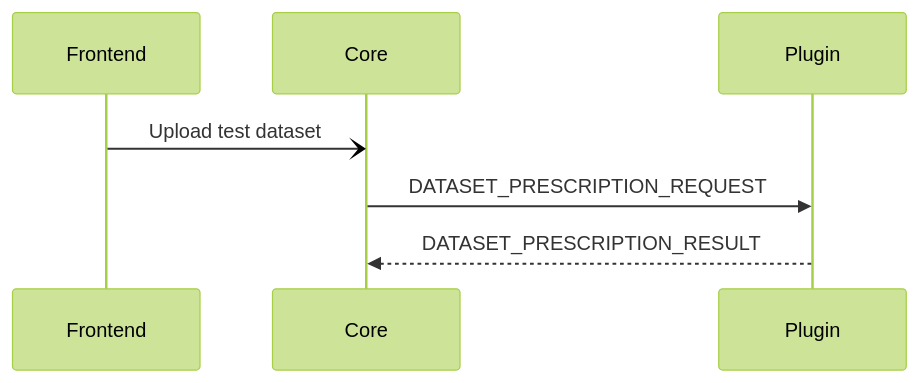
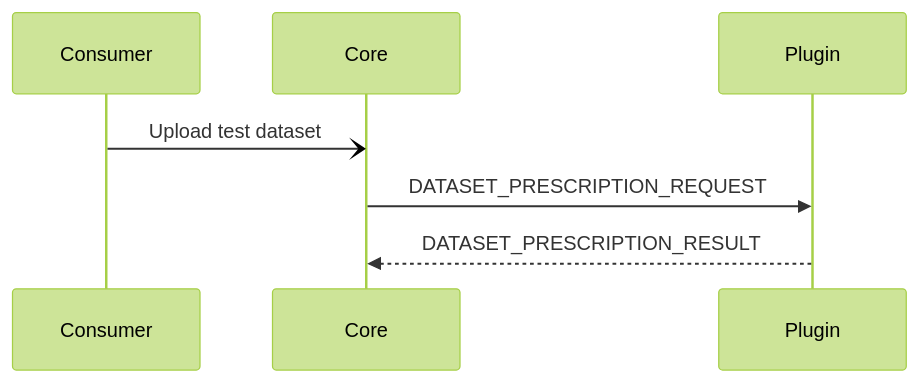
One commit to prcore/docs changed the diagram in content/development/plugin-system/communication/prescribing-workflow/prescribe-dataset.md. Above: the diagram before and after it, drawn with Mermaid (forest theme). The commit also changed 2 other files, not shown here.

Commit message:
Site updated K 08 märts 2023 08:28:14 EET ...

```diff
--- a/content/development/plugin-system/communication/prescribing-workflow/prescribe-dataset.md
+++ b/content/development/plugin-system/communication/prescribing-workflow/prescribe-dataset.md
@@ -8,6 +8,6 @@
 {{< mermaid class="text-center" >}}
 sequenceDiagram
-    Frontend-)Core: Upload test dataset
+    Consumer-)Core: Upload test dataset
     Core->>Plugin: DATASET_PRESCRIPTION_REQUEST
     Plugin-->>Core: DATASET_PRESCRIPTION_RESULT
 {{< /mermaid >}}
```
